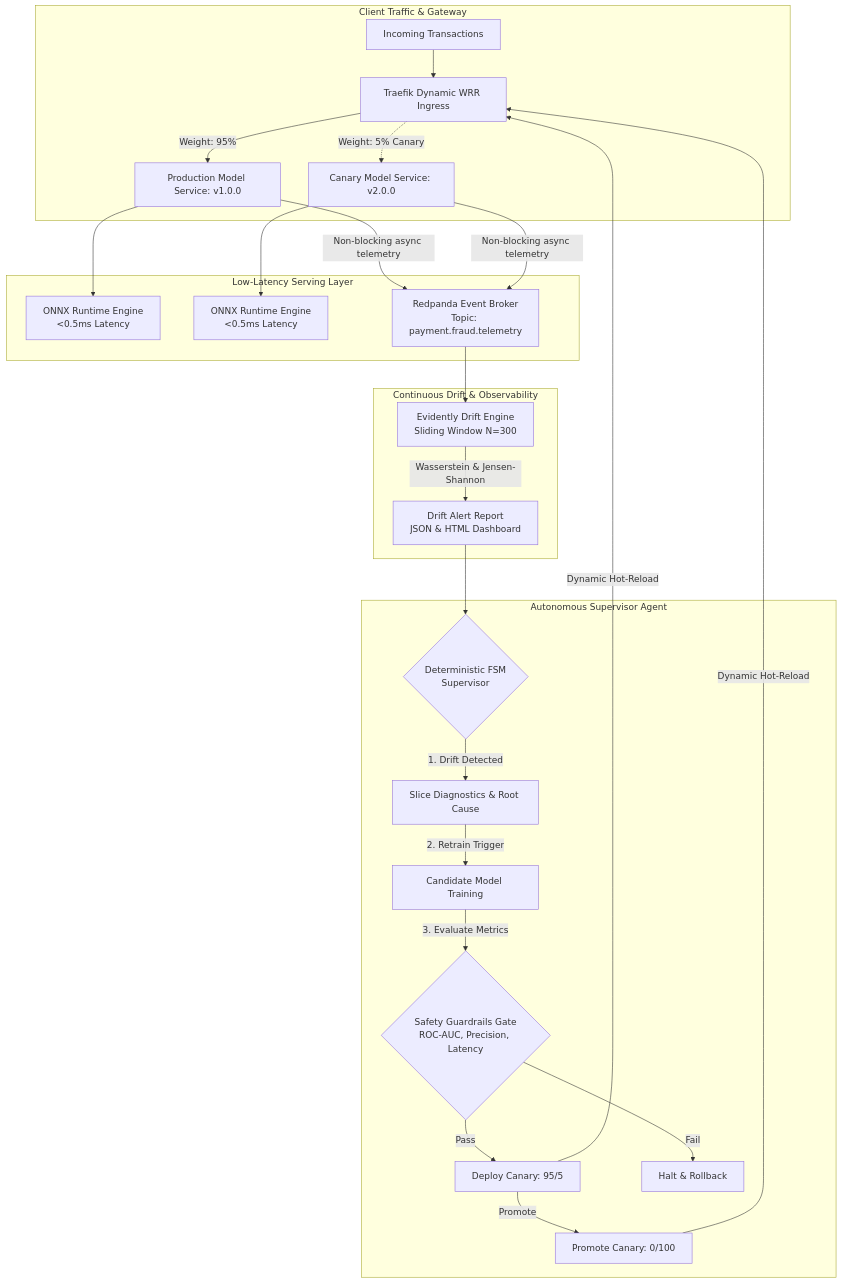
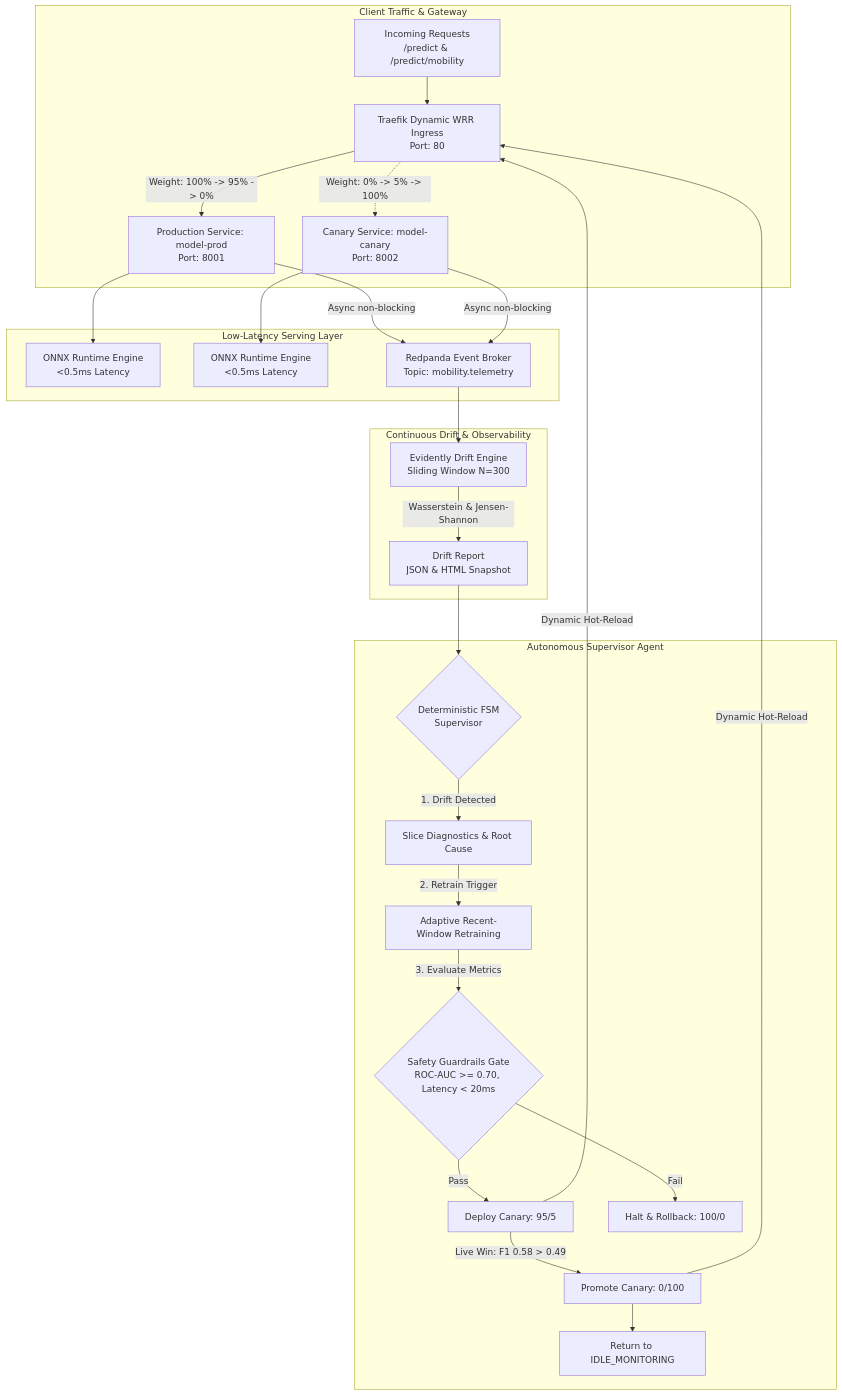
The diagram in README.md (chrigrosso00/homeo-ml), drawn with Mermaid before and after one commit. The commit also changed other lines of this file, not shown here.

````diff
--- a/README.md
+++ b/README.md
@@ -33,32 +90,33 @@
 ```mermaid
 flowchart TD
     subgraph Client Traffic & Gateway
-        C[Incoming Transactions] --> T[Traefik Dynamic WRR Ingress]
-        T -->|Weight: 95%| P[Production Model Service: v1.0.0]
-        T -.->|Weight: 5% Canary| K[Canary Model Service: v2.0.0]
+        C[Incoming Requests\n/predict & /predict/mobility] --> T[Traefik Dynamic WRR Ingress\nPort: 80]
+        T -->|Weight: 100% -> 95% -> 0%| P[Production Service: model-prod\nPort: 8001]
+        T -.->|Weight: 0% -> 5% -> 100%| K[Canary Service: model-canary\nPort: 8002]
     end
 
     subgraph Low-Latency Serving Layer
         P --> ONNX1[ONNX Runtime Engine\n<0.5ms Latency]
         K --> ONNX2[ONNX Runtime Engine\n<0.5ms Latency]
-        P -->|Non-blocking async telemetry| RP[Redpanda Event Broker\nTopic: payment.fraud.telemetry]
-        K -->|Non-blocking async telemetry| RP
+        P -->|Async non-blocking| RP[Redpanda Event Broker\nTopic: mobility.telemetry]
+        K -->|Async non-blocking| RP
     end
 
     subgraph Continuous Drift & Observability
         RP --> M[Evidently Drift Engine\nSliding Window N=300]
-        M -->|Wasserstein & Jensen-Shannon| DR[Drift Alert Report\nJSON & HTML Dashboard]
+        M -->|Wasserstein & Jensen-Shannon| DR[Drift Report\nJSON & HTML Snapshot]
     end
 
     subgraph Autonomous Supervisor Agent
         DR --> FSM{Deterministic FSM\nSupervisor}
         FSM -->|1. Drift Detected| S1[Slice Diagnostics & Root Cause]
-        S1 -->|2. Retrain Trigger| S2[Candidate Model Training]
-        S2 -->|3. Evaluate Metrics| S3{Safety Guardrails Gate\nROC-AUC, Precision, Latency}
+        S1 -->|2. Retrain Trigger| S2[Adaptive Recent-Window Retraining]
+        S2 -->|3. Evaluate Metrics| S3{Safety Guardrails Gate\nROC-AUC >= 0.70, Latency < 20ms}
         S3 -->|Pass| S4[Deploy Canary: 95/5]
-        S3 -->|Fail| RB[Halt & Rollback]
+        S3 -->|Fail| RB[Halt & Rollback: 100/0]
         S4 -->|Dynamic Hot-Reload| T
-        S4 -->|Promote| S5[Promote Canary: 0/100]
+        S4 -->|Live Win: F1 0.58 > 0.49| S5[Promote Canary: 0/100]
         S5 -->|Dynamic Hot-Reload| T
+        S5 --> IDLE[Return to IDLE_MONITORING]
     end
 ```
````
